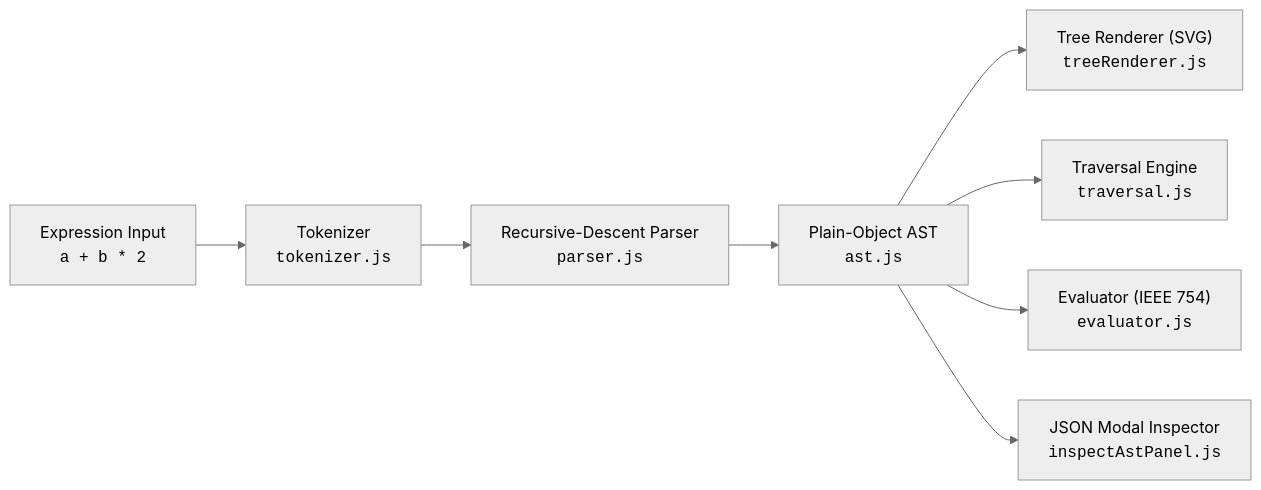
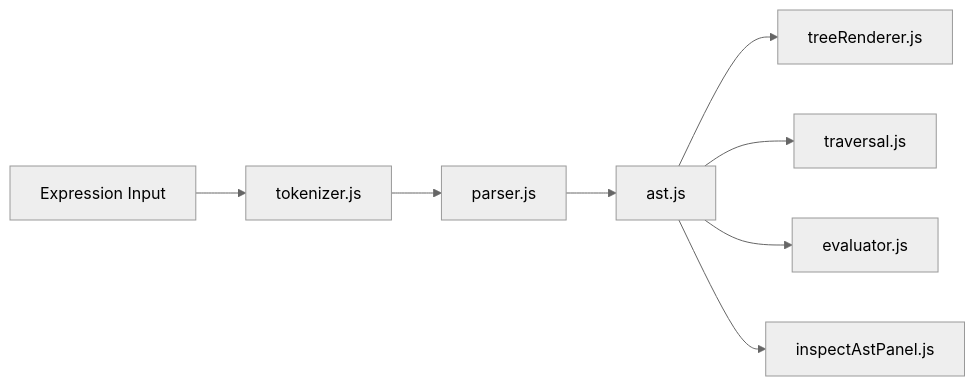
One commit to Apurba-0001/ParseVision changed the second of 2 diagrams in README.md. Above: the diagram before and after it, drawn with Mermaid (neutral theme). The commit also changed other lines of this file, not shown here.

````diff
--- a/README.md
+++ b/README.md
@@ -270,10 +183,10 @@
 ```mermaid
 flowchart LR
-    Input["Expression Input<br/><code>a + b * 2</code>"] --> Lexer["Tokenizer<br/><code>tokenizer.js</code>"]
-    Lexer --> Parser["Recursive-Descent Parser<br/><code>parser.js</code>"]
-    Parser --> AST["Plain-Object AST<br/><code>ast.js</code>"]
-    AST --> Renderer["Tree Renderer (SVG)<br/><code>treeRenderer.js</code>"]
-    AST --> Traversal["Traversal Engine<br/><code>traversal.js</code>"]
-    AST --> Evaluator["Evaluator (IEEE 754)<br/><code>evaluator.js</code>"]
-    AST --> Inspector["JSON Modal Inspector<br/><code>inspectAstPanel.js</code>"]
+    Input["Expression Input"] --> Lexer["tokenizer.js"]
+    Lexer --> Parser["parser.js"]
+    Parser --> AST["ast.js"]
+    AST --> Renderer["treeRenderer.js"]
+    AST --> Traversal["traversal.js"]
+    AST --> Evaluator["evaluator.js"]
+    AST --> Inspector["inspectAstPanel.js"]
 ```
````
